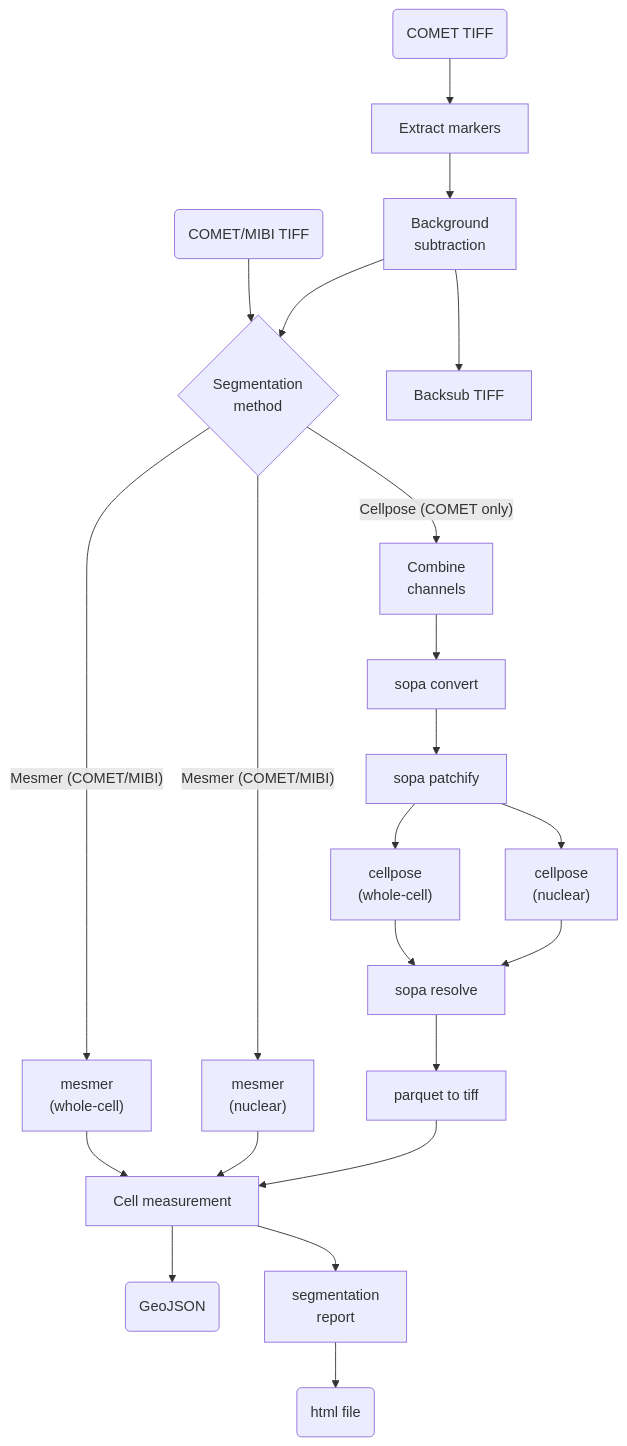
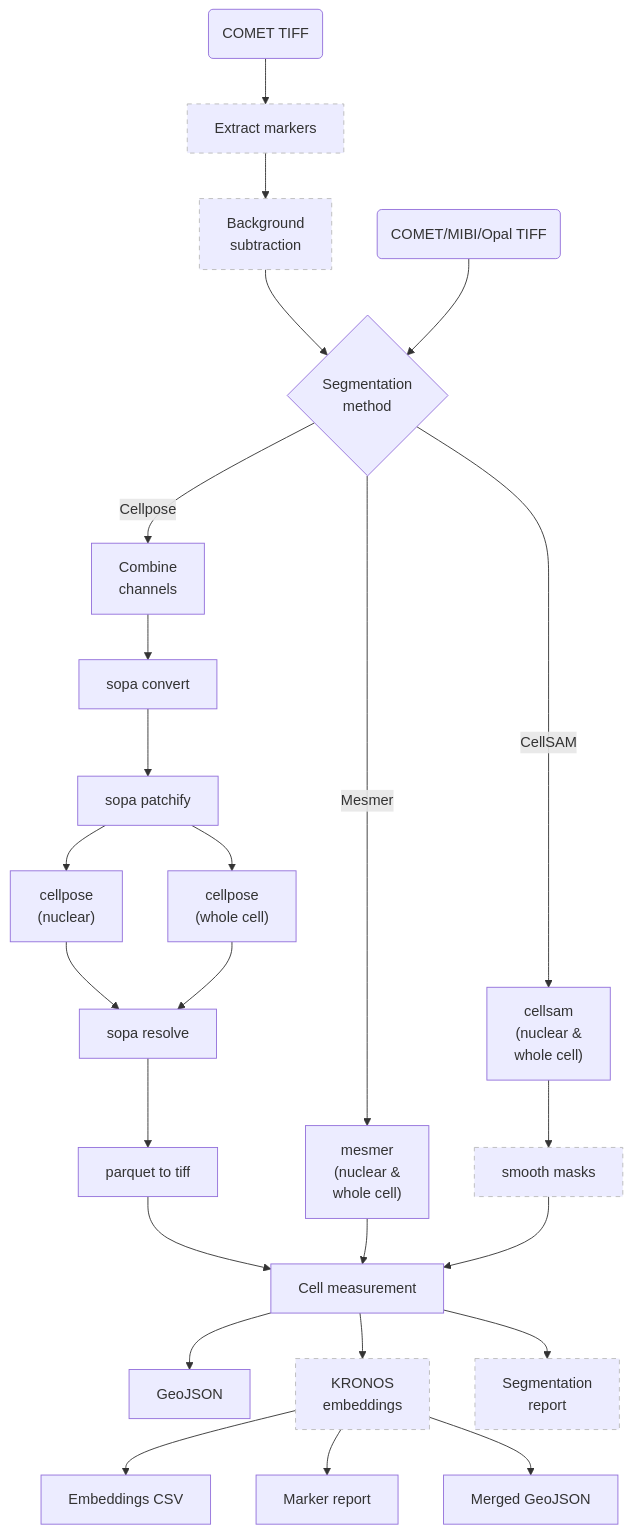
The diagram in README.md (WEHI-SODA-Hub/spatialproteomics), drawn with Mermaid before and after one commit. The commit also changed other lines of this file and 2 other files, not shown here.

Commit message:
Test with cellmeasurement 0.1.2 and update mermaid plot it readme

````diff
--- a/README.md
+++ b/README.md
@@ -29,31 +31,45 @@
 ```mermaid
-  flowchart TD
-  A("COMET TIFF") --> B["Extract markers"]
-  B --> C["Background
+flowchart TD
+  input_comet("COMET TIFF") --> extract["Extract markers"]
+  extract --> bgsub["Background
           subtraction"]
-  C --> D{"Segmentation
-              method"} & O["Backsub TIFF"]
-      N("COMET/MIBI TIFF") --> D
-      D -- Cellpose (COMET only) --> S["Combine
-                                       channels"]
-      S --> E["sopa convert"]
-      E --> F["sopa patchify"]
-      F --> G["cellpose
-              (nuclear)"]
-      F --> H["cellpose
-              (whole-cell)"]
-      G --> I["sopa resolve"]
-      H --> I
-      I --> J["parquet to tiff"]
-      J --> K["Cell measurement"]
-      D -- Mesmer (COMET/MIBI) --> L["mesmer
-                                     (nuclear)"]
-      D -- Mesmer (COMET/MIBI) --> M["mesmer
-                                     (whole-cell)"]
-      L --> K
-      M --> K
-      K --> P("GeoJSON")
-      K --> Q["segmentation
-              report"]
-      Q --> R("html file")
+  bgsub --> choose{"Segmentation
+                   method"}
+  style extract stroke:#bbb,stroke-dasharray: 5 5
+  style bgsub stroke:#bbb,stroke-dasharray: 5 5
+
+  input_multi("COMET/MIBI/Opal TIFF") --> choose
+
+  choose -- Cellpose --> combine["Combine
+                                 channels"]
+  combine --> convert["sopa convert"]
+  convert --> patchify["sopa patchify"]
+  patchify --> nuclei_cp["cellpose
+          (nuclear)"]
+  patchify --> whole_cp["cellpose
+          (whole cell)"]
+  nuclei_cp --> resolve["sopa resolve"]
+  whole_cp --> resolve
+  resolve --> parquet2tiff["parquet to tiff"]
+  parquet2tiff --> measure["Cell measurement"]
+  choose -- Mesmer --> mesmer["mesmer
+                              (nuclear &
+                              whole cell)"]
+  mesmer --> measure
+  choose -- CellSAM --> cellsam["cellsam
+                                (nuclear &
+                                whole cell)"]
+  cellsam --> smooth["smooth masks"]
+  style smooth stroke:#bbb,stroke-dasharray: 5 5
+  smooth --> measure
+  measure --> geojson["GeoJSON"]
+  measure --> embeddings["KRONOS
+          embeddings"]
+  embeddings --> csv["Embeddings CSV"]
+  embeddings --> marker_report["Marker report"]
+  embeddings --> merged_geojson["Merged GeoJSON"]
+  style embeddings stroke:#bbb,stroke-dasharray: 5 5
+  measure --> seg_report["Segmentation
+                         report"]
+  style seg_report stroke:#bbb,stroke-dasharray: 5 5
 ```
````
